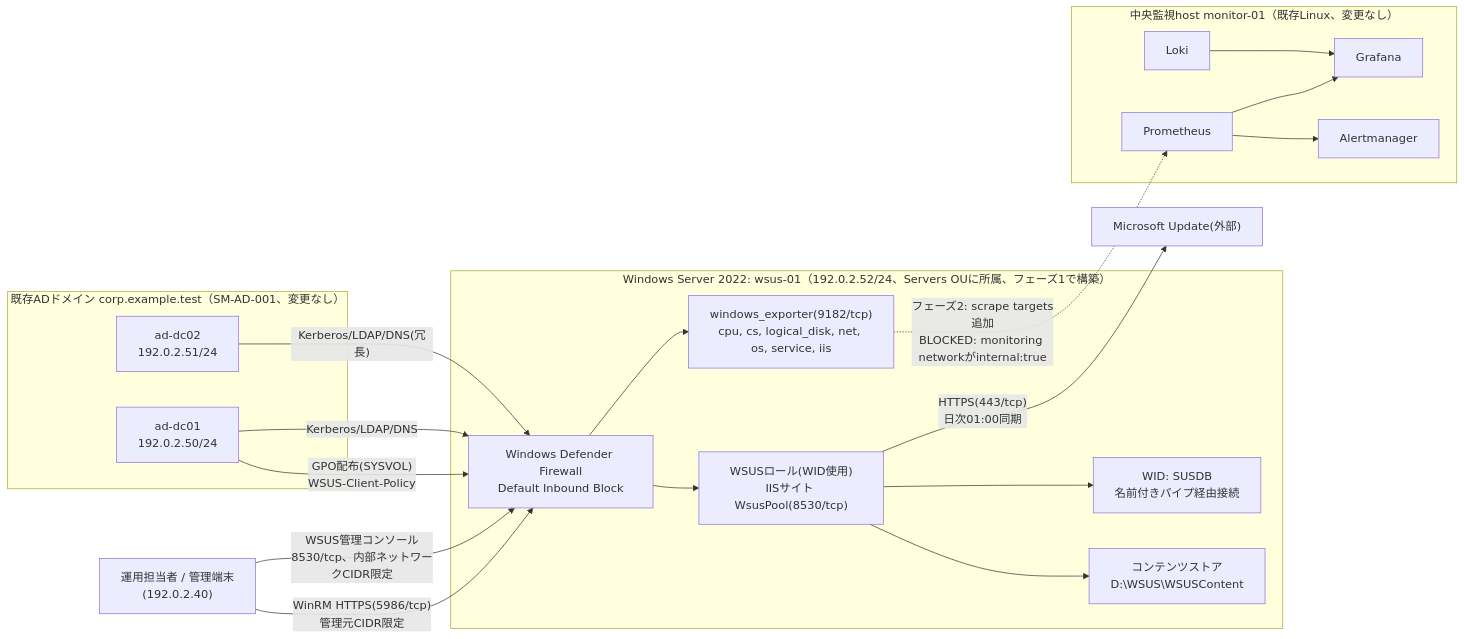
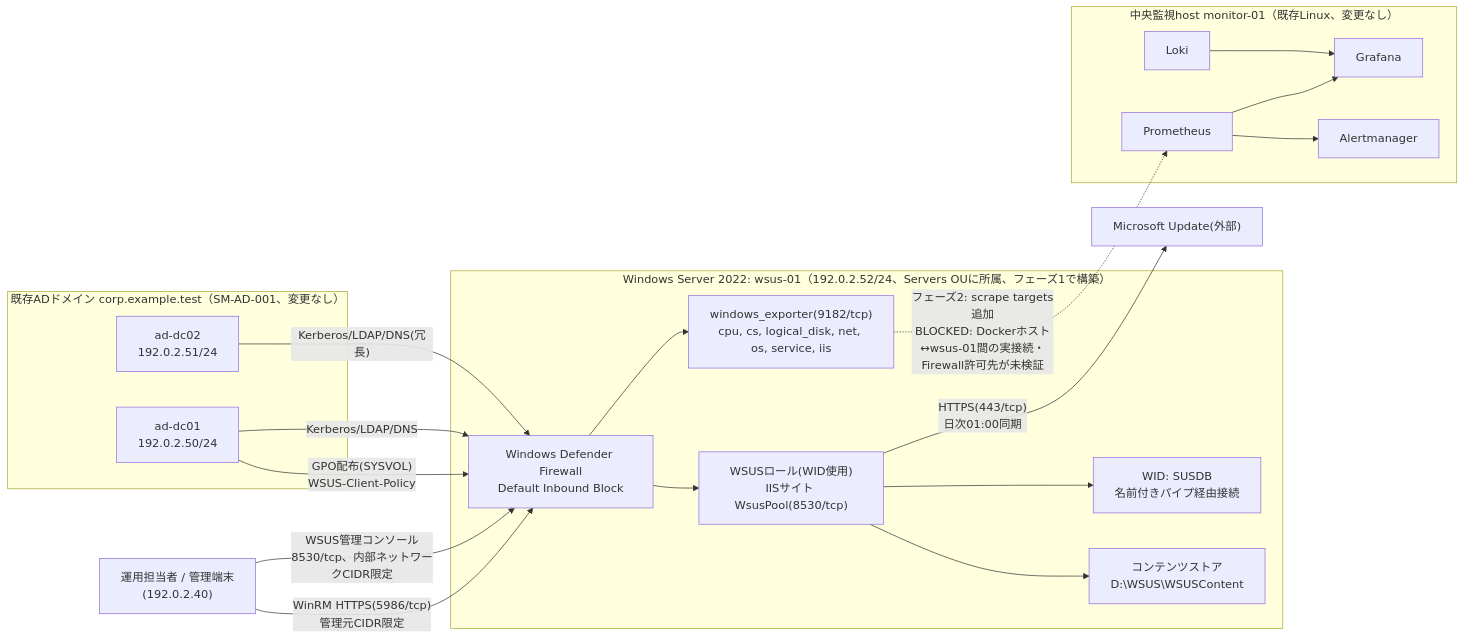
The diagram in docs/build-package-wsus/01-basic-design.md (ns7jp/server), drawn with Mermaid before and after one commit. The commit also changed other lines of this file and 35 other files, not shown here.

````diff
--- a/docs/build-package-wsus/01-basic-design.md
+++ b/docs/build-package-wsus/01-basic-design.md
@@ -60,40 +60,40 @@
 ```mermaid
 flowchart LR
     Admin["運用担当者 / 管理端末\n(192.0.2.40)"] -->|"WinRM HTTPS(5986/tcp)\n管理元CIDR限定"| FW
     Admin -->|"WSUS管理コンソール\n8530/tcp、内部ネットワークCIDR限定"| FW
 
     subgraph ADDom["既存ADドメイン corp.example.test（SM-AD-001、変更なし）"]
         DC1["ad-dc01\n192.0.2.50/24"]
         DC2["ad-dc02\n192.0.2.51/24"]
     end
 
     DC1 -->|"GPO配布(SYSVOL)\nWSUS-Client-Policy"| FW
     DC1 -->|"Kerberos/LDAP/DNS"| FW
     DC2 -->|"Kerberos/LDAP/DNS(冗長)"| FW
 
     subgraph WsusHost["Windows Server 2022: wsus-01（192.0.2.52/24、Servers OUに所属、フェーズ1で構築）"]
         FW["Windows Defender Firewall\nDefault Inbound Block"]
         WSUS["WSUSロール(WID使用)\nIISサイト WsusPool(8530/tcp)"]
         WIDDB["WID: SUSDB\n名前付きパイプ経由接続"]
         Store["コンテンツストア\nD:\WSUS\WSUSContent"]
         WinExp["windows_exporter(9182/tcp)\ncpu, cs, logical_disk, net, os, service, iis"]
         FW --> WSUS
         WSUS --> WIDDB
         WSUS --> Store
         FW --> WinExp
     end
 
     WSUS -->|"HTTPS(443/tcp)\n日次01:00同期"| MU["Microsoft Update(外部)"]
 
     subgraph Central["中央監視host monitor-01（既存Linux、変更なし）"]
         Prom["Prometheus"]
         Graf["Grafana"]
         AM["Alertmanager"]
         Loki["Loki"]
         Prom --> Graf
         Prom --> AM
         Loki --> Graf
     end
 
-    WinExp -.->|"フェーズ2: scrape targets追加\nBLOCKED: monitoring networkがinternal:true"| Prom
+    WinExp -.->|"フェーズ2: scrape targets追加\nBLOCKED: Dockerホスト↔wsus-01間の実接続・Firewall許可先が未検証"| Prom
 ```
````
